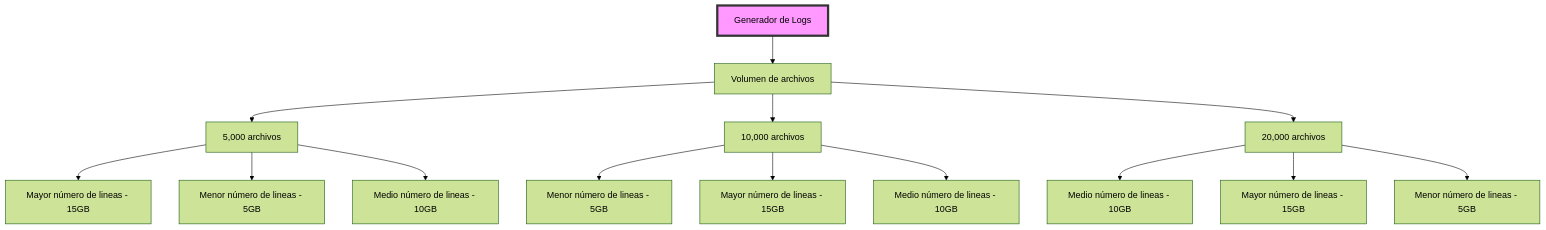
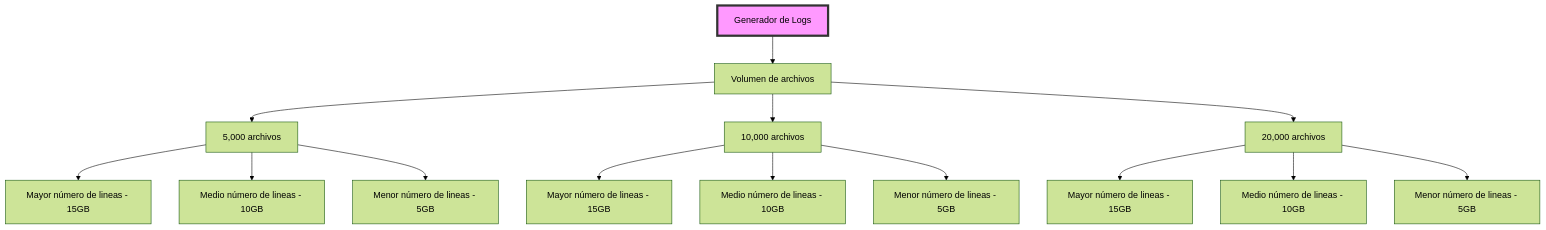
One commit to maraosoc/mineria-benchmark changed the diagram in README.md. Above: the diagram before and after it, drawn with Mermaid (forest theme). The commit also changed other lines of this file, not shown here.

````diff
--- a/README.md
+++ b/README.md
@@ -66,17 +67,17 @@
 ```mermaid
 graph TD
     A[Generador de Logs] --> B[Volumen de archivos]
     B --> C[5,000 archivos]
     B --> D[10,000 archivos]
     B --> E[20,000 archivos]
     C --> F[Mayor número de lineas - 15GB]
-    C --> G[Menor número de lineas - 5GB]
-    C --> H[Medio número de lineas - 10GB] 
-    D --> I[Menor número de lineas - 5GB]
-    D --> J[Mayor número de lineas - 15GB]
-    D --> K[Medio número de lineas - 10GB]
-    E --> L[Medio número de lineas - 10GB]
-    E --> M[Mayor número de lineas - 15GB]
+    C --> G[Medio número de lineas - 10GB]
+    C --> H[Menor número de lineas - 5GB] 
+    D --> I[Mayor número de lineas - 15GB]
+    D --> J[Medio número de lineas - 10GB]
+    D --> K[Menor número de lineas - 5GB]
+    E --> L[Mayor número de lineas - 15GB]
+    E --> M[Medio número de lineas - 10GB]
     E --> N[Menor número de lineas - 5GB]
     style A fill:#f9f,stroke:#333,stroke-width:4px
 ```
````
